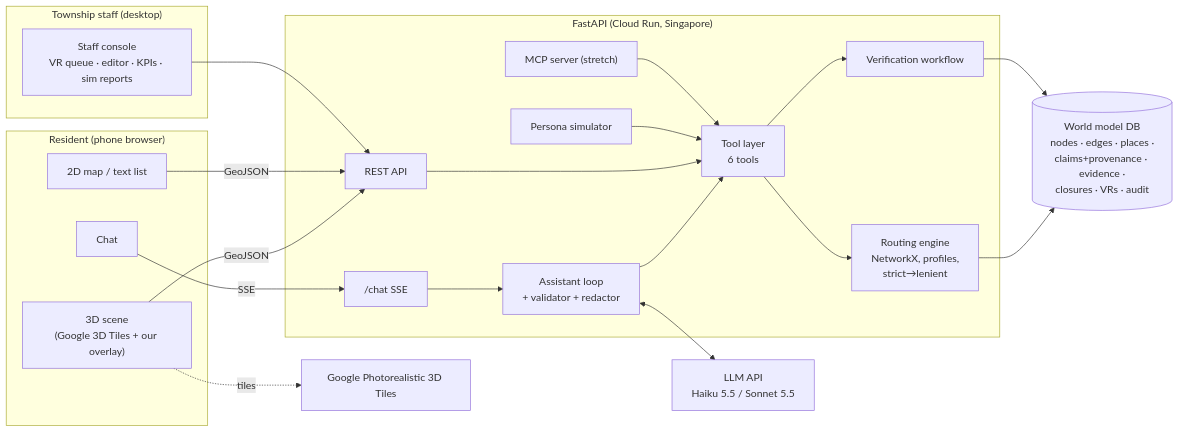
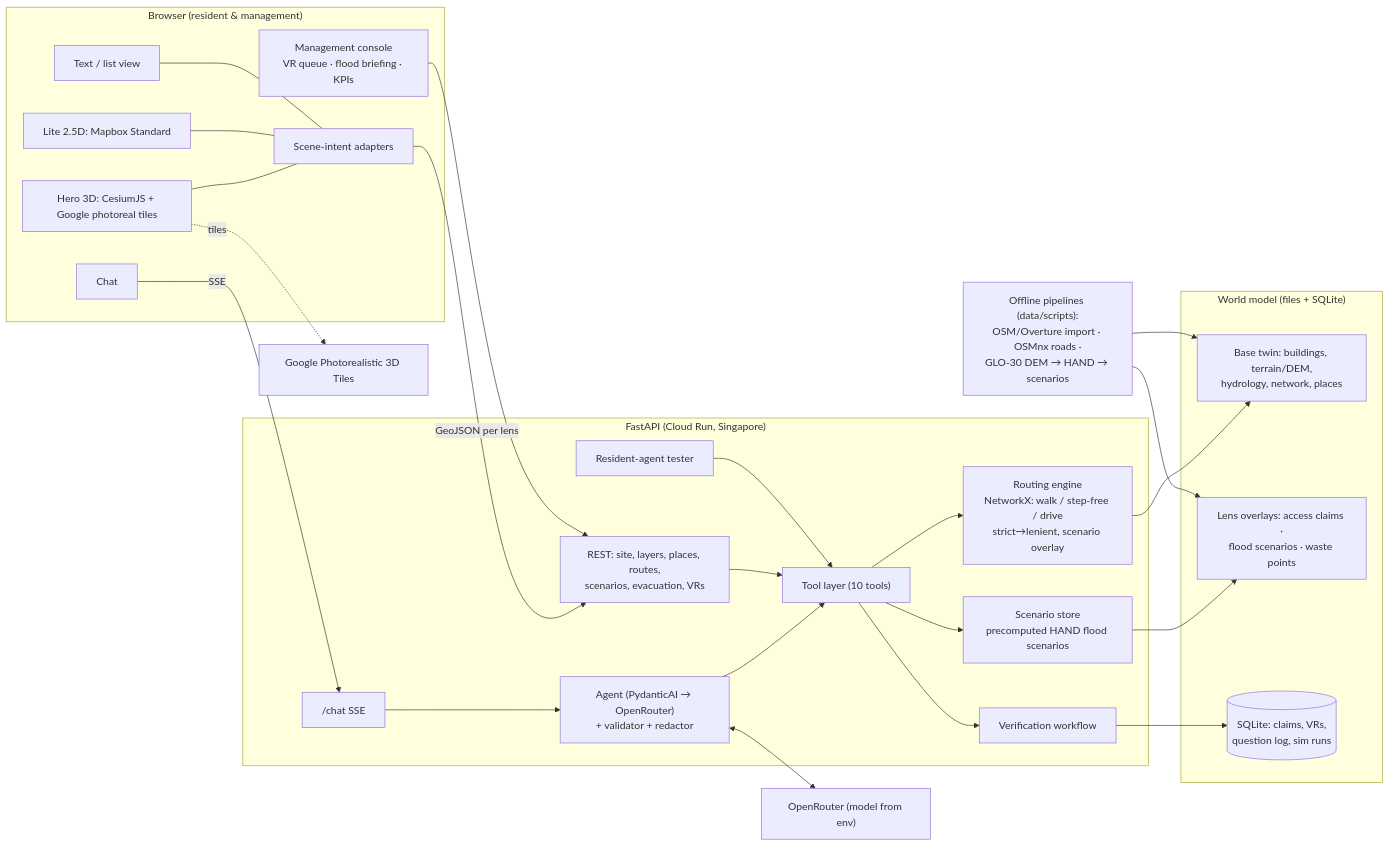
Before and after one commit to TIONYUNZHE2004/SunNewBee: the diagram in docs/04-architecture/README.md, drawn with Mermaid. The commit also changed other lines of this file and 5 other files, not shown here.

Commit message:
ADRs 0007 (Cesium), 0008 (PydanticAI), 0010 (flood HAND scenarios); canonical names, API contract and schema for lenses

````diff
--- a/docs/04-architecture/README.md
+++ b/docs/04-architecture/README.md
@@ -7,36 +8,45 @@
 ```mermaid
 flowchart LR
-  subgraph Resident["Resident (phone browser)"]
-    SC["3D scene<br/>(Google 3D Tiles + our overlay)"]
-    M2["2D map / text list"]
-    CH["Chat"]
-  end
-  subgraph Staff["Township staff (desktop)"]
-    SCN["Staff console<br/>VR queue · editor · KPIs · sim reports"]
+  subgraph Browser["Browser (resident & management)"]
+    HERO["Hero 3D: CesiumJS + Google photoreal tiles"]
+    LITE["Lite 2.5D: Mapbox Standard"]
+    LIST["Text / list view"]
+    CHAT["Chat"]
+    MGMT["Management console<br/>VR queue · flood briefing · KPIs"]
+    ADP["Scene-intent adapters"]
+    HERO --- ADP
+    LITE --- ADP
+    LIST --- ADP
   end
   subgraph API["FastAPI (Cloud Run, Singapore)"]
-    REST["REST API"]
-    CHAT["/chat SSE"]
-    AG["Assistant loop<br/>+ validator + redactor"]
-    TL["Tool layer<br/>6 tools"]
-    RT["Routing engine<br/>NetworkX, profiles,<br/>strict→lenient"]
+    REST["REST: site, layers, places, routes,<br/>scenarios, evacuation, VRs"]
+    CH["/chat SSE"]
+    AG["Agent (PydanticAI → OpenRouter)<br/>+ validator + redactor"]
+    TL["Tool layer (10 tools)"]
+    RT["Routing engine<br/>NetworkX: walk / step-free / drive<br/>strict→lenient, scenario overlay"]
+    SC["Scenario store<br/>precomputed HAND flood scenarios"]
     VRQ["Verification workflow"]
-    SIM["Persona simulator"]
-    MCP["MCP server (stretch)"]
+    SIM["Resident-agent tester"]
   end
-  DB[("World model DB<br/>nodes · edges · places ·<br/>claims+provenance · evidence ·<br/>closures · VRs · audit")]
-  LLM["LLM API<br/>Haiku 5.5 / Sonnet 5.5"]
+  subgraph Data["World model (files + SQLite)"]
+    BASE["Base twin: buildings, terrain/DEM,<br/>hydrology, network, places"]
+    LENS["Lens overlays: access claims ·<br/>flood scenarios · waste points"]
+    DB[("SQLite: claims, VRs,<br/>question log, sim runs")]
+  end
+  PIPE["Offline pipelines (data/scripts):<br/>OSM/Overture import · OSMnx roads ·<br/>GLO-30 DEM → HAND → scenarios"]
+  LLM["OpenRouter (model from env)"]
   G3D["Google Photorealistic 3D Tiles"]
 
-  CH -- SSE --> CHAT --> AG --> TL
+  CHAT -- SSE --> CH --> AG --> TL
   AG <--> LLM
-  SC -- GeoJSON --> REST
-  M2 -- GeoJSON --> REST
-  SC -. tiles .-> G3D
-  SCN --> REST
+  ADP -- GeoJSON per lens --> REST
+  HERO -. tiles .-> G3D
+  MGMT --> REST
   REST --> TL
-  TL --> RT --> DB
+  TL --> RT --> BASE
+  TL --> SC --> LENS
   TL --> VRQ --> DB
   SIM --> TL
-  MCP --> TL
+  PIPE --> BASE
+  PIPE --> LENS
 ```
````
